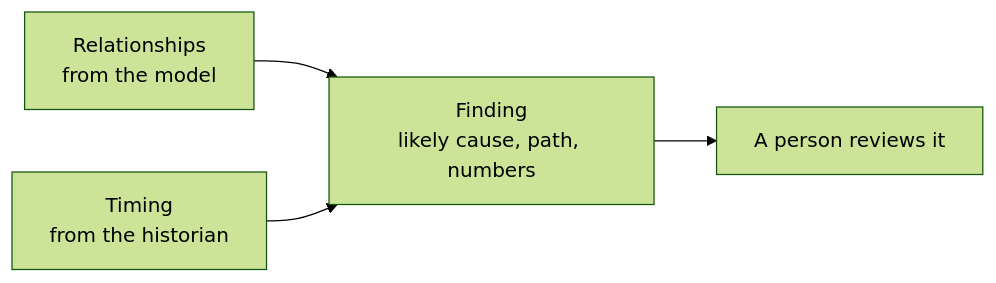
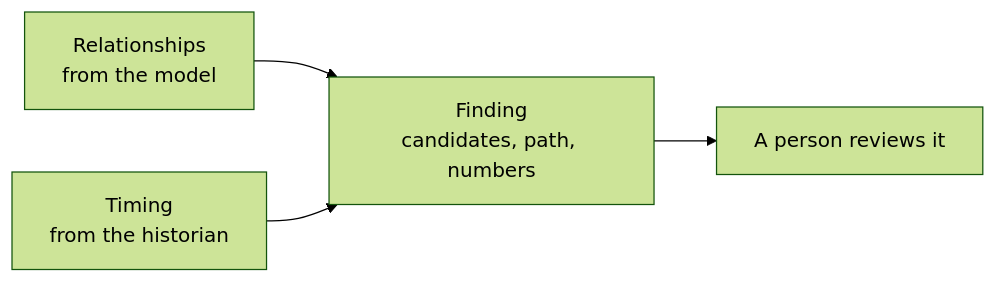
The second of 2 diagrams in docs/optional/an-incident-followed-through.md (cloudracer-ca/intelligent-water-modelling), drawn with Mermaid (forest theme) before and after one commit. The commit also changed other lines of this file and 14 other files, not shown here.

First line of the commit message:
Second review: template topics under Excel, clearer incident diagram, smaller fixes

````diff
--- a/docs/optional/an-incident-followed-through.md
+++ b/docs/optional/an-incident-followed-through.md
@@ -42,6 +45,6 @@
 ```mermaid
 flowchart LR
-  R["Relationships<br/>from the model"] --> F["Finding<br/>likely cause, path, numbers"]
+  R["Relationships<br/>from the model"] --> F["Finding<br/>candidates, path, numbers"]
   T["Timing<br/>from the historian"] --> F
   F --> P["A person reviews it"]
 ```
````
